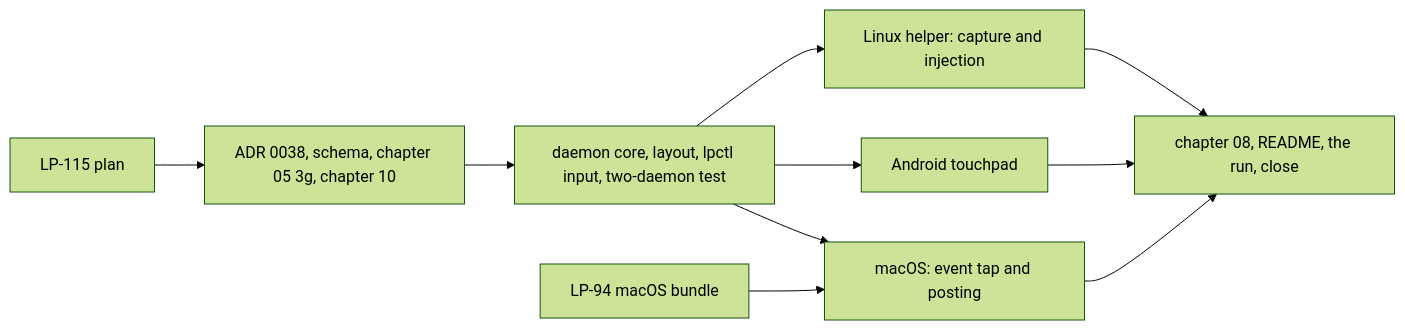
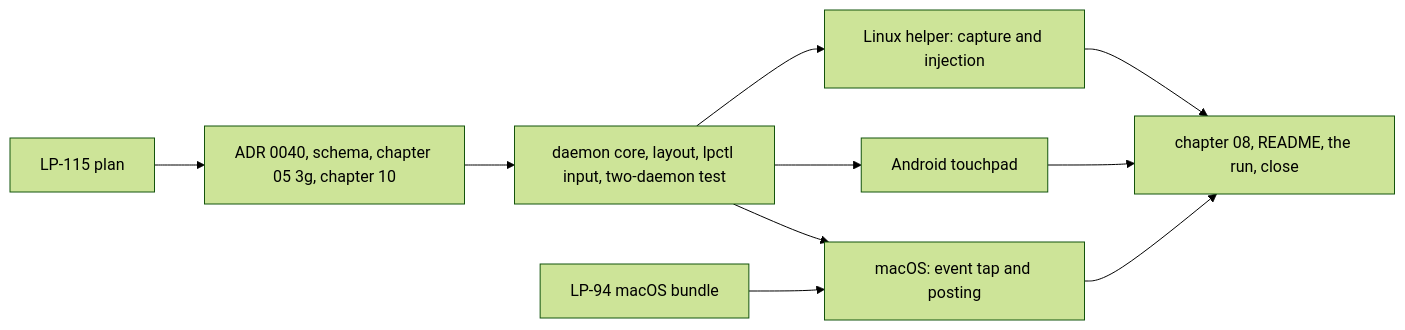
One commit to garth/ligature-protocol changed the third of 3 diagrams in docs/milestones/07-shared-input.md. Above: the diagram before and after it, drawn with Mermaid (forest theme). The commit also changed other lines of this file and 12 other files, not shown here.

````diff
--- a/docs/milestones/07-shared-input.md
+++ b/docs/milestones/07-shared-input.md
@@ -209,12 +209,12 @@
 ```mermaid
 flowchart LR
-    P["LP-115 plan"] --> R["ADR 0038, schema, chapter 05 3g, chapter 10"]
+    P["LP-115 plan"] --> R["ADR 0040, schema, chapter 05 3g, chapter 10"]
     R --> D["daemon core, layout, lpctl input, two-daemon test"]
     D --> X["Linux helper: capture and injection"]
     D --> A["Android touchpad"]
     B["LP-94 macOS bundle"] --> M["macOS: event tap and posting"]
     D --> M
     X --> C["chapter 08, README, the run, close"]
     A --> C
     M --> C
 ```
````
